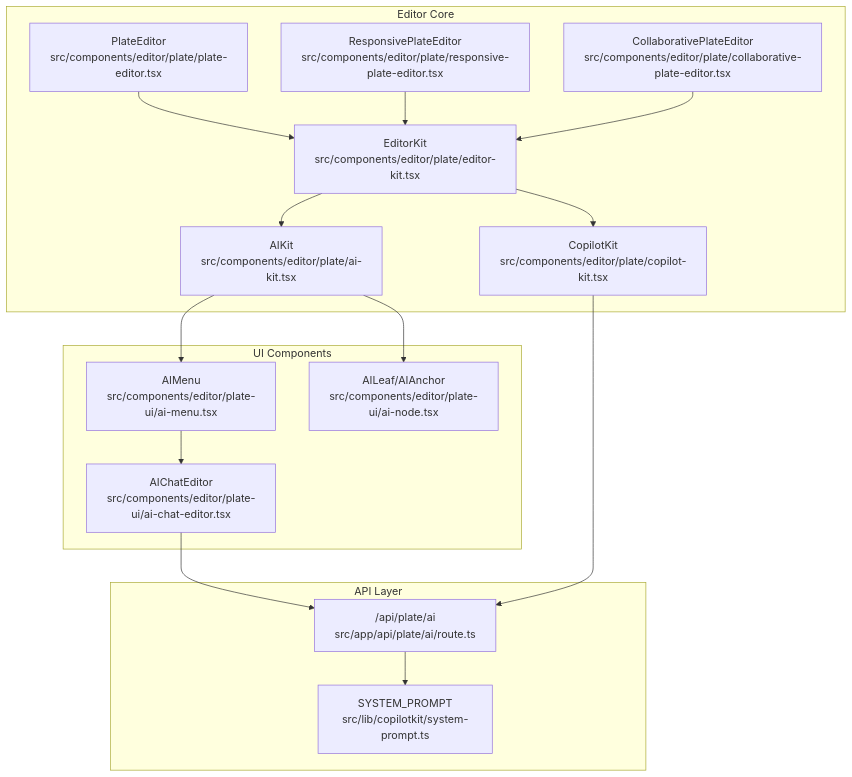
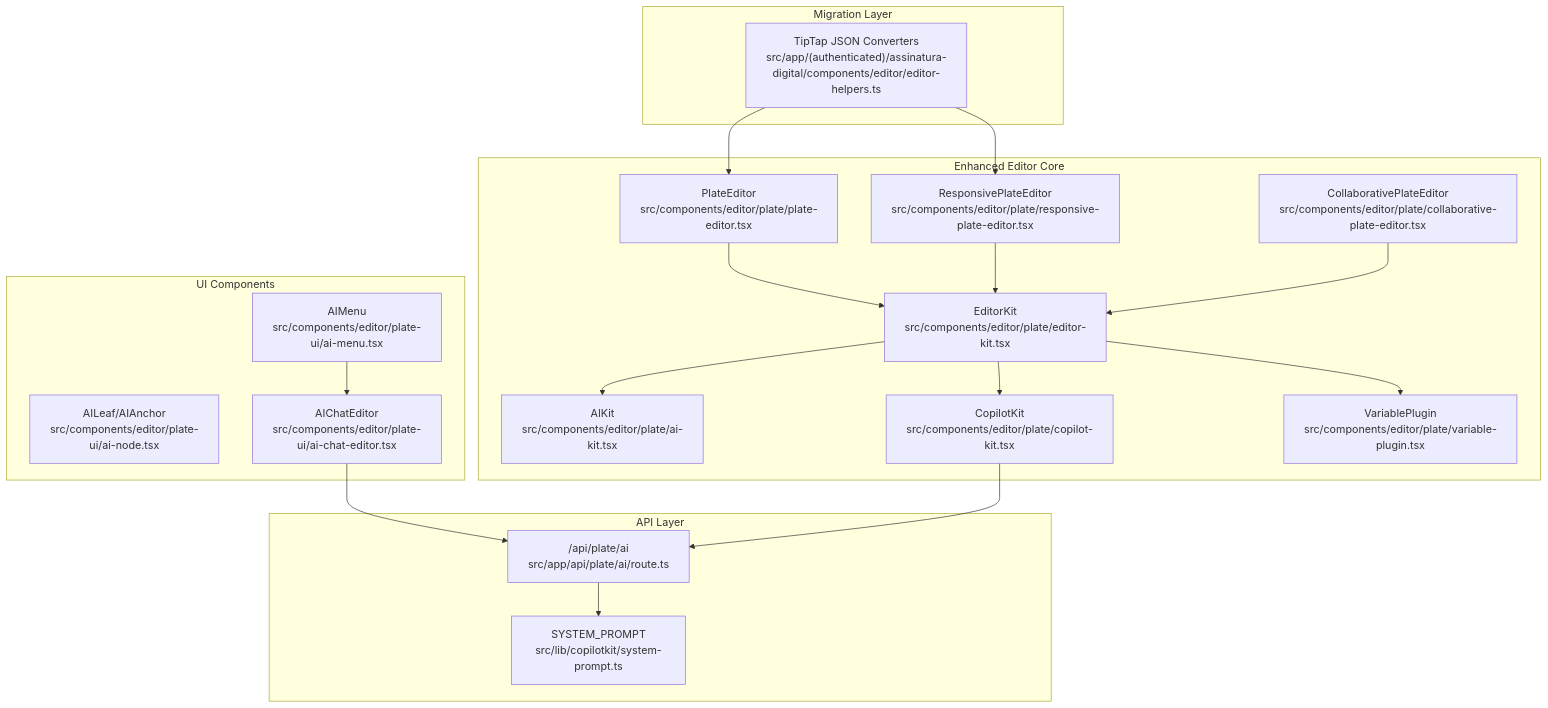
The first of 8 diagrams in .qoder/repowiki/en/content/Document Management and AI Editor/AI-Assisted Document Editing.md (SinesysTech/zattar-os), drawn with Mermaid before and after one commit. The commit also changed other lines of this file and 12 other files, not shown here.

````diff
--- a/.qoder/repowiki/en/content/Document Management and AI Editor/AI-Assisted Document Editing.md
+++ b/.qoder/repowiki/en/content/Document Management and AI Editor/AI-Assisted Document Editing.md
@@ -42,31 +55,36 @@
 ```mermaid
 graph TB
-subgraph "Editor Core"
+subgraph "Enhanced Editor Core"
 PE["PlateEditor<br/>src/components/editor/plate/plate-editor.tsx"]
 RPE["ResponsivePlateEditor<br/>src/components/editor/plate/responsive-plate-editor.tsx"]
 CPE["CollaborativePlateEditor<br/>src/components/editor/plate/collaborative-plate-editor.tsx"]
 EK["EditorKit<br/>src/components/editor/plate/editor-kit.tsx"]
 AIK["AIKit<br/>src/components/editor/plate/ai-kit.tsx"]
 CK["CopilotKit<br/>src/components/editor/plate/copilot-kit.tsx"]
+VP["VariablePlugin<br/>src/components/editor/plate/variable-plugin.tsx"]
+end
+subgraph "Migration Layer"
+TH["TipTap JSON Converters<br/>src/app/(authenticated)/assinatura-digital/components/editor/editor-helpers.ts"]
 end
 subgraph "UI Components"
 AIM["AIMenu<br/>src/components/editor/plate-ui/ai-menu.tsx"]
 AIN["AILeaf/AIAnchor<br/>src/components/editor/plate-ui/ai-node.tsx"]
 ACE["AIChatEditor<br/>src/components/editor/plate-ui/ai-chat-editor.tsx"]
 end
 subgraph "API Layer"
 API["/api/plate/ai<br/>src/app/api/plate/ai/route.ts"]
 SCP["SYSTEM_PROMPT<br/>src/lib/copilotkit/system-prompt.ts"]
 end
 PE --> EK
 RPE --> EK
 CPE --> EK
+EK --> VP
 EK --> AIK
 EK --> CK
-AIK --> AIM
-AIK --> AIN
+TH --> PE
+TH --> RPE
 AIM --> ACE
 ACE --> API
 CK --> API
 API --> SCP
 ```
````
